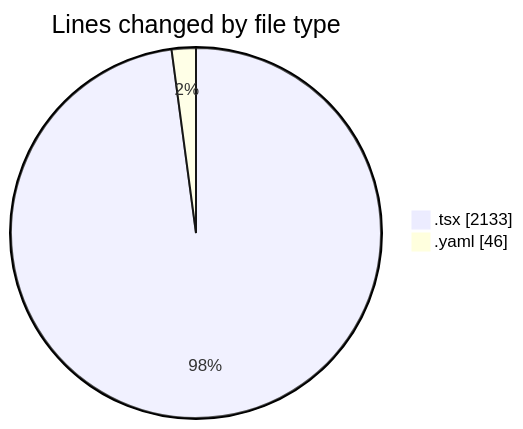
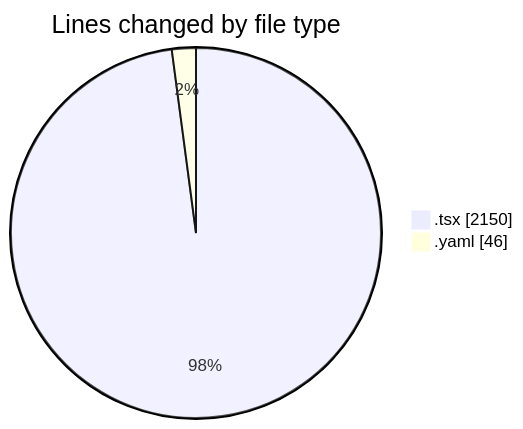
Before and after one commit to momahboobian/code-tracking: the first of 2 diagrams in 2025-11-20/cda/README.md, drawn with Mermaid. The commit also changed other lines of this file and 1 other file, not shown here.

````diff
--- a/2025-11-20/cda/README.md
+++ b/2025-11-20/cda/README.md
@@ -30,6 +30,6 @@
 ```mermaid
 pie showData
 title Lines changed by file type
-".tsx" : 2133
+".tsx" : 2150
 ".yaml" : 46
 ```
````
